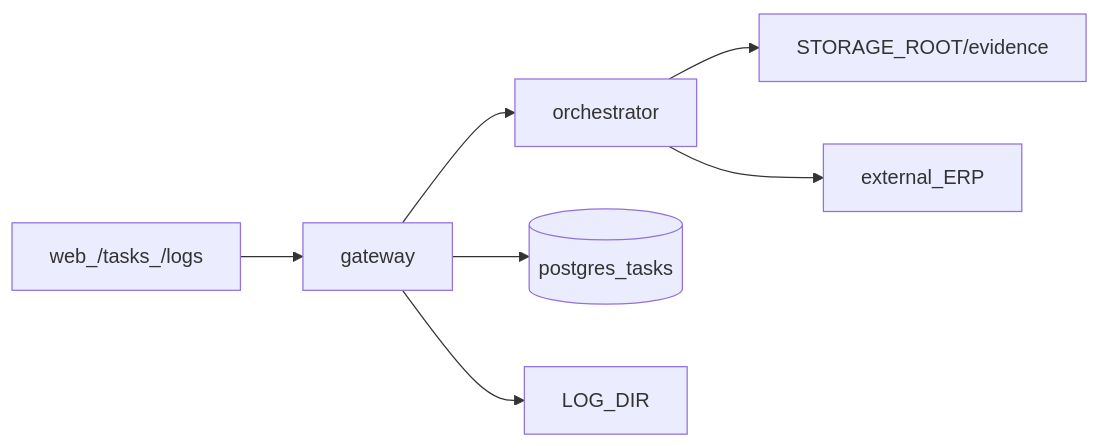
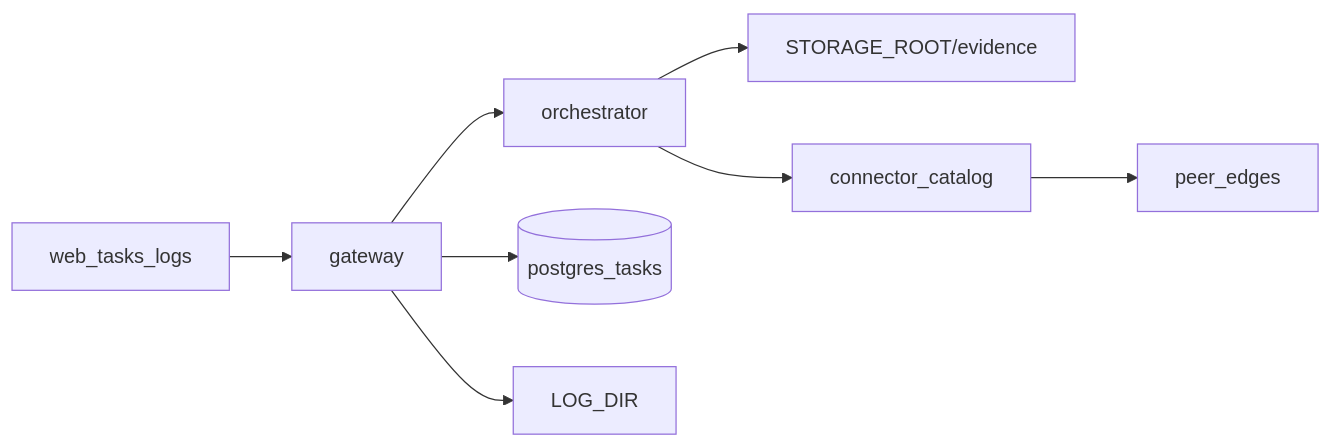
The diagram in docs/System_Design/Subsystem/SAC-007/TSD.md (llanesleonardo/controlPanelErpOdoo), drawn with Mermaid before and after one commit. The commit also changed other lines of this file and 431 other files, not shown here.

````diff
--- a/docs/System_Design/Subsystem/SAC-007/TSD.md
+++ b/docs/System_Design/Subsystem/SAC-007/TSD.md
@@ -14,16 +15,18 @@
 ```mermaid
 flowchart LR
-  Web[web_/tasks_/logs]
+  Web[web_tasks_logs]
   Gw[gateway]
   Orch[orchestrator]
   PG[(postgres_tasks)]
   Logs[LOG_DIR]
   Ev[STORAGE_ROOT/evidence]
-  ERP[external_ERP]
+  Cat[connector_catalog]
+  Edge[peer_edges]
   Web --> Gw
   Gw --> PG
   Gw --> Logs
   Gw --> Orch
   Orch --> Ev
-  Orch --> ERP
+  Orch --> Cat
+  Cat --> Edge
 ```
````
